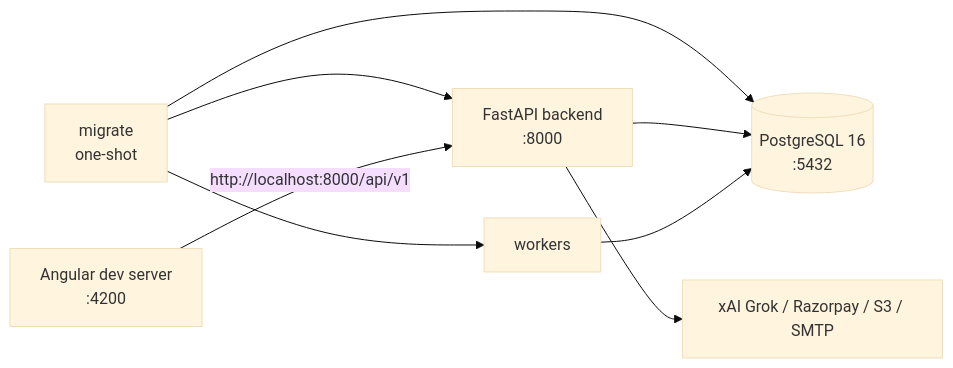
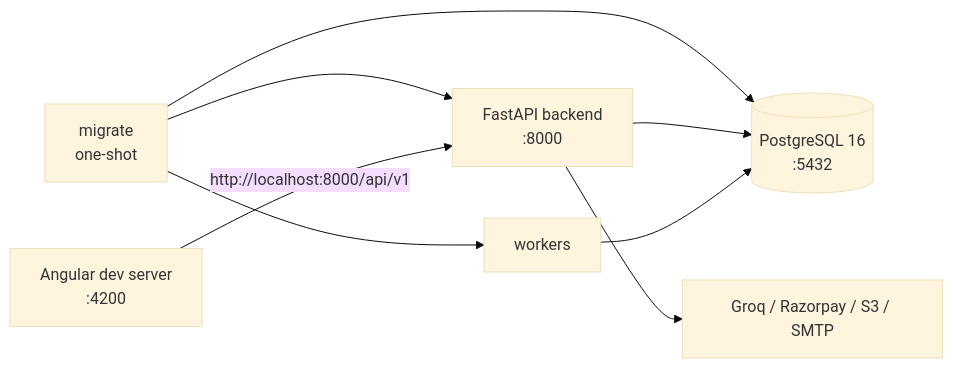
One commit to saman2ny/otheryn-platform changed the second of 6 diagrams in products/healthcare/dental/dentalpilot-ai/docs/notion/TECHNICAL_ARCHITECTURE.md. Above: the diagram before and after it, drawn with Mermaid (base theme). The commit also changed other lines of this file and 19 other files, not shown here.

````diff
--- a/products/healthcare/dental/dentalpilot-ai/docs/notion/TECHNICAL_ARCHITECTURE.md
+++ b/products/healthcare/dental/dentalpilot-ai/docs/notion/TECHNICAL_ARCHITECTURE.md
@@ -59,10 +59,10 @@
 ```mermaid
 flowchart LR
     M[migrate\none-shot] --> PG[(PostgreSQL 16\n:5432)]
     M --> BE[FastAPI backend\n:8000]
     M --> WK[workers]
     FE[Angular dev server\n:4200] -->|http://localhost:8000/api/v1| BE
     BE --> PG
     WK --> PG
-    BE --> EXT[xAI Grok / Razorpay / S3 / SMTP]
+    BE --> EXT[Groq / Razorpay / S3 / SMTP]
 ```
````
